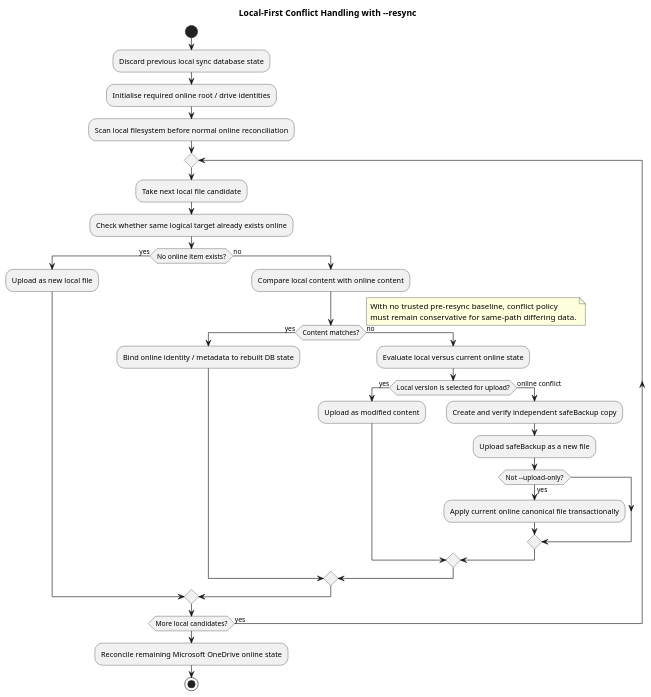
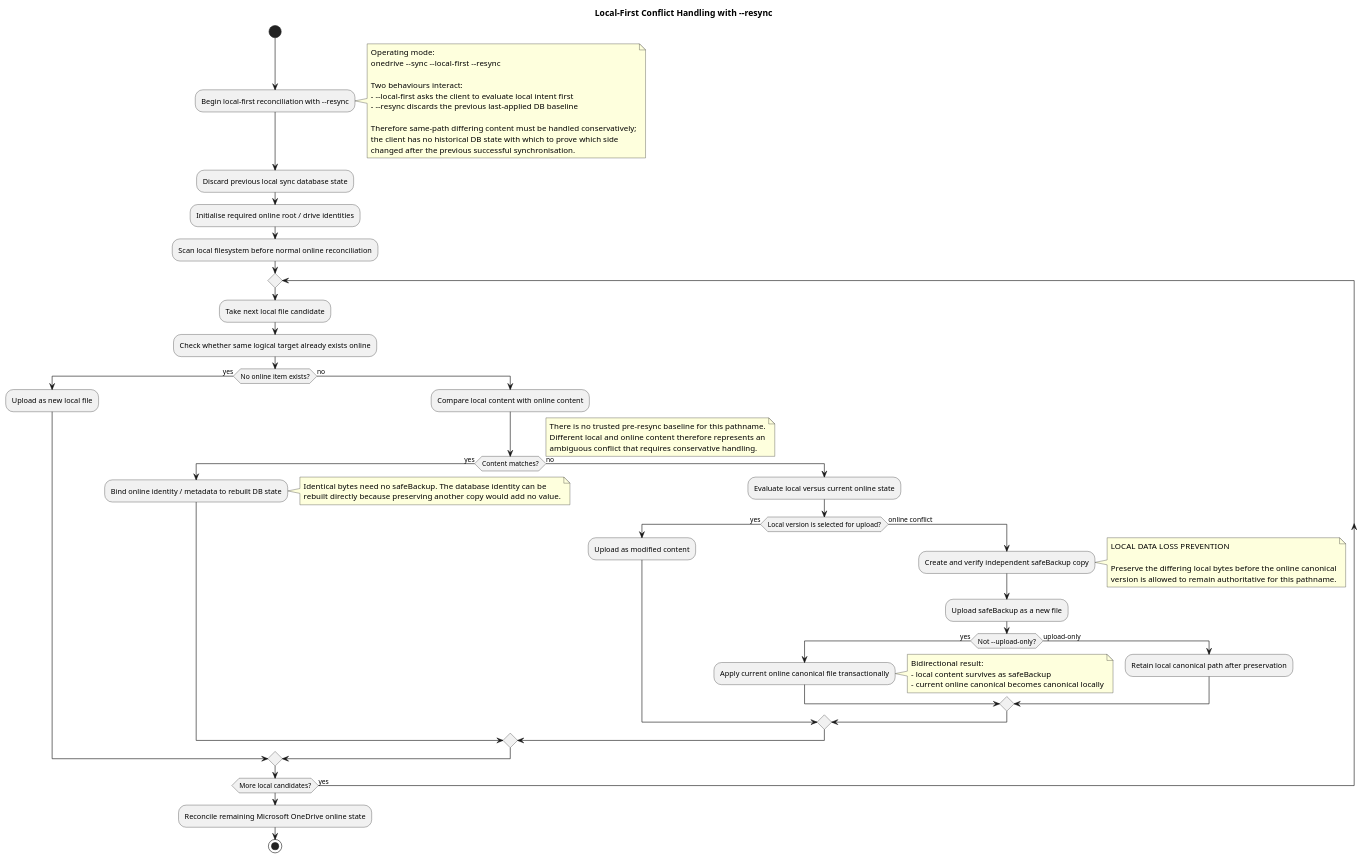
The diagram in docs/puml/conflict_handling_local-first_resync.puml (abraunegg/onedrive), drawn with PlantUML before and after one commit. The commit also changed 24 other files, not shown here.

```diff
--- a/docs/puml/conflict_handling_local-first_resync.puml
+++ b/docs/puml/conflict_handling_local-first_resync.puml
@@ -1,39 +1,71 @@
 @startuml
 title Local-First Conflict Handling with ~--resync
 start
+
+:Begin local-first reconciliation with ~--resync;
+note right
+  Operating mode:
+  onedrive ~--sync ~--local-first ~--resync
+
+  Two behaviours interact:
+  - ~--local-first asks the client to evaluate local intent first
+  - ~--resync discards the previous last-applied DB baseline
+
+  Therefore same-path differing content must be handled conservatively;
+  the client has no historical DB state with which to prove which side
+  changed after the previous successful synchronisation.
+end note
 
 :Discard previous local sync database state;
 :Initialise required online root / drive identities;
 :Scan local filesystem before normal online reconciliation;
 
 repeat
   :Take next local file candidate;
   :Check whether same logical target already exists online;
   if (No online item exists?) then (yes)
     :Upload as new local file;
   else (no)
     :Compare local content with online content;
     if (Content matches?) then (yes)
       :Bind online identity / metadata to rebuilt DB state;
+      note right
+        Identical bytes need no safeBackup. The database identity can be
+        rebuilt directly because preserving another copy would add no value.
+      end note
     else (no)
       note right
-        With no trusted pre-resync baseline, conflict policy
-        must remain conservative for same-path differing data.
+        There is no trusted pre-resync baseline for this pathname.
+        Different local and online content therefore represents an
+        ambiguous conflict that requires conservative handling.
       end note
       :Evaluate local versus current online state;
       if (Local version is selected for upload?) then (yes)
         :Upload as modified content;
       else (online conflict)
         :Create and verify independent safeBackup copy;
+        note right
+          LOCAL DATA LOSS PREVENTION
+
+          Preserve the differing local bytes before the online canonical
+          version is allowed to remain authoritative for this pathname.
+        end note
         :Upload safeBackup as a new file;
         if (Not ~--upload-only?) then (yes)
           :Apply current online canonical file transactionally;
+          note right
+            Bidirectional result:
+            - local content survives as safeBackup
+            - current online canonical becomes canonical locally
+          end note
+        else (upload-only)
+          :Retain local canonical path after preservation;
         endif
       endif
     endif
   endif
 repeat while (More local candidates?) is (yes)
 
 :Reconcile remaining Microsoft OneDrive online state;
 stop
 @enduml
```
